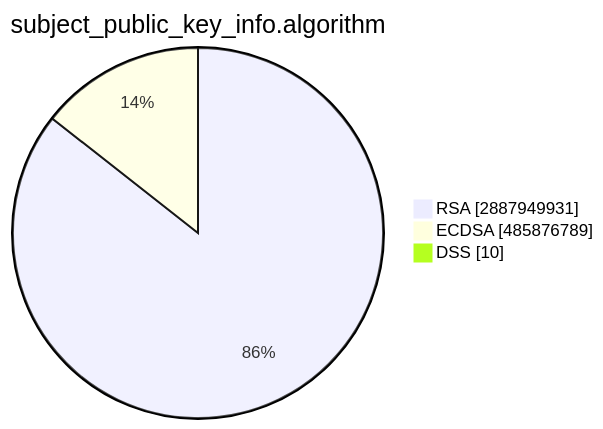
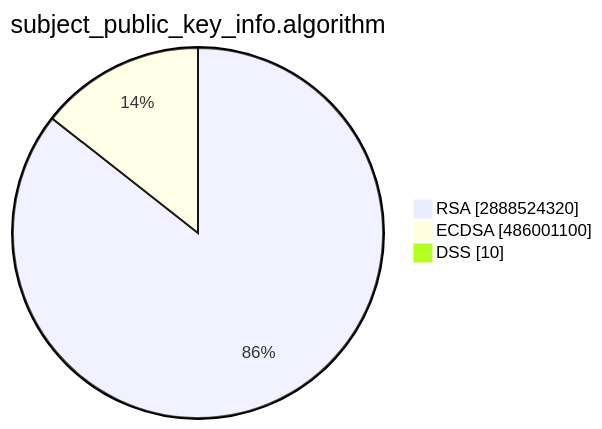
Before and after one commit to christiankrug/ctmonitor_visualization: the second of 15 diagrams in TOTAL/README.md, drawn with Mermaid. The commit also changed other lines of this file, not shown here.

````diff
--- a/TOTAL/README.md
+++ b/TOTAL/README.md
@@ -6,7 +6,7 @@
 ```mermaid
 pie showData
 title subject_public_key_info.algorithm
-"RSA" :2887949931
-"ECDSA" :485876789
+"RSA" :2888524320
+"ECDSA" :486001100
 "DSS" :10
 ```
````
